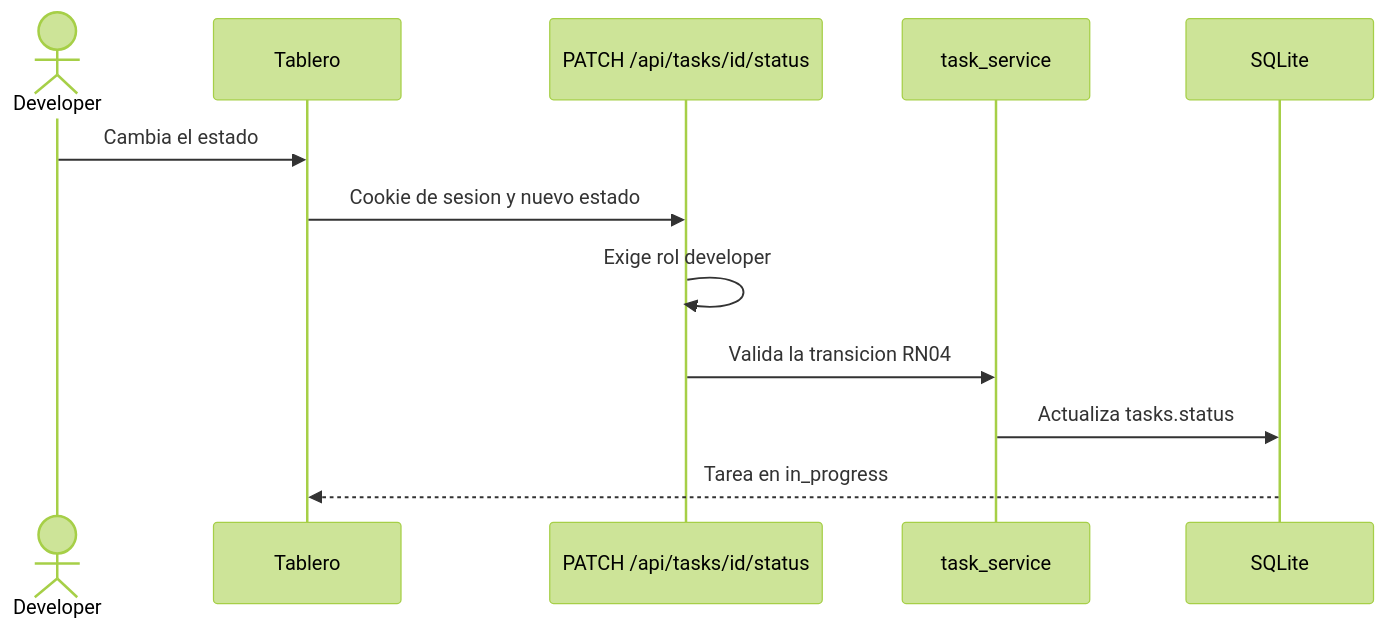
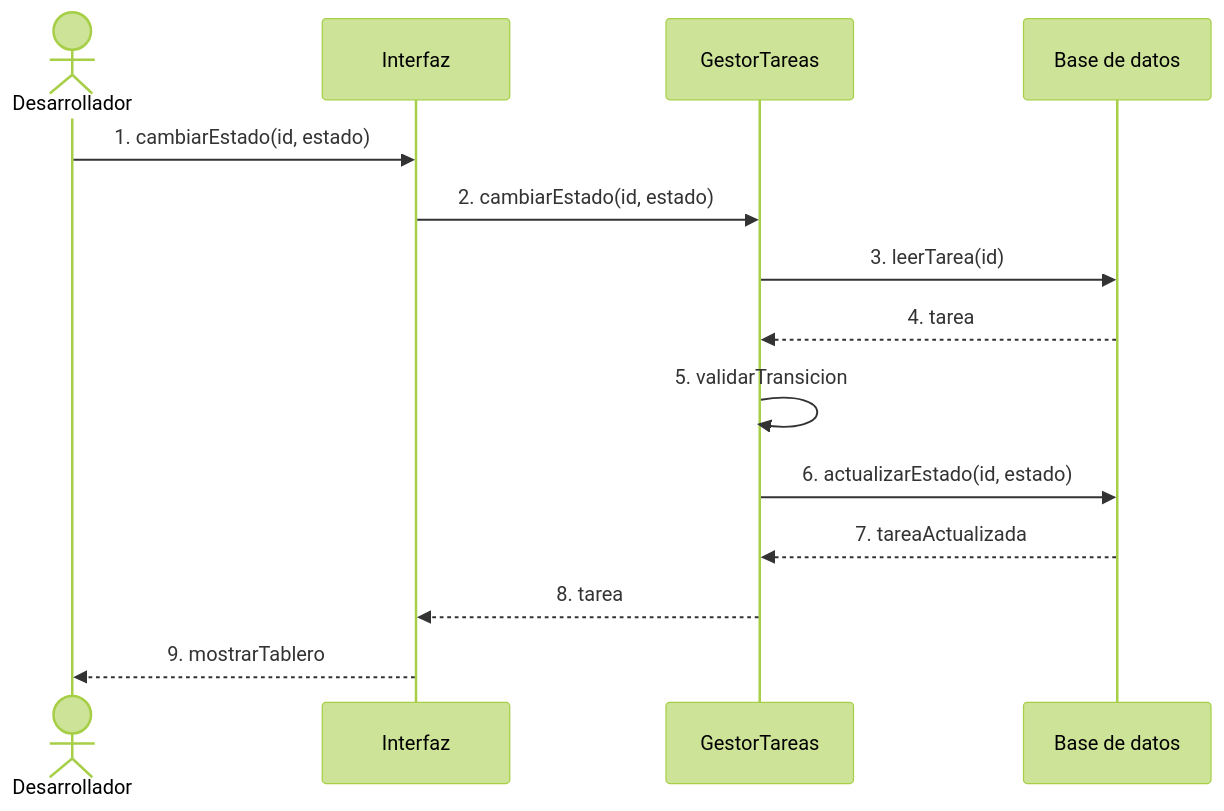
Before and after one commit to moisescb123/TaskFlowDevops: the fourth of 12 diagrams in README.md, drawn with Mermaid (forest theme). The commit also changed other lines of this file, not shown here.

First line of the commit message:
docs: align README system models with week-5 UML notation.

````diff
--- a/README.md
+++ b/README.md
@@ -91,15 +145,17 @@
 ```mermaid
 sequenceDiagram
-  actor Dev as Developer
-  participant UI as Tablero
-  participant API as PATCH /api/tasks/id/status
-  participant Svc as task_service
-  participant DB as SQLite
+  actor Dev as Desarrollador
+  participant UI as Interfaz
+  participant Gestor as GestorTareas
+  participant DB as Base de datos
 
-  Dev->>UI: Cambia el estado
-  UI->>API: Cookie de sesion y nuevo estado
-  API->>API: Exige rol developer
-  API->>Svc: Valida la transicion RN04
-  Svc->>DB: Actualiza tasks.status
-  DB-->>UI: Tarea en in_progress
+  Dev->>UI: 1. cambiarEstado(id, estado)
+  UI->>Gestor: 2. cambiarEstado(id, estado)
+  Gestor->>DB: 3. leerTarea(id)
+  DB-->>Gestor: 4. tarea
+  Gestor->>Gestor: 5. validarTransicion
+  Gestor->>DB: 6. actualizarEstado(id, estado)
+  DB-->>Gestor: 7. tareaActualizada
+  Gestor-->>UI: 8. tarea
+  UI-->>Dev: 9. mostrarTablero
 ```
````
